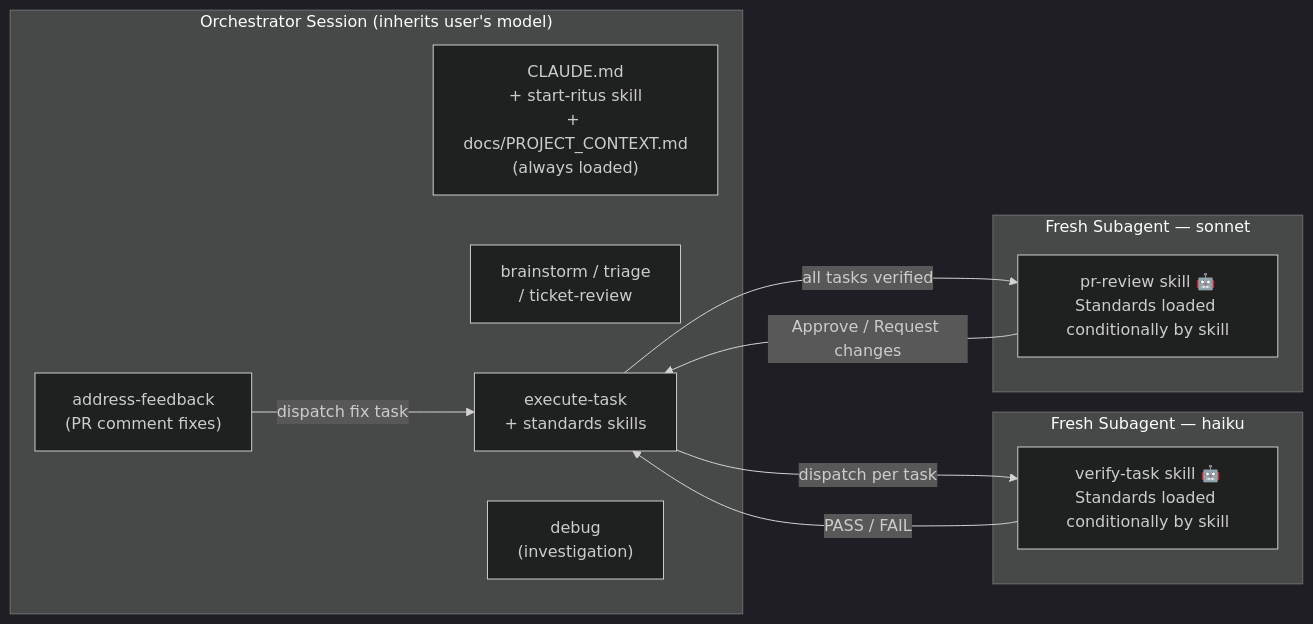
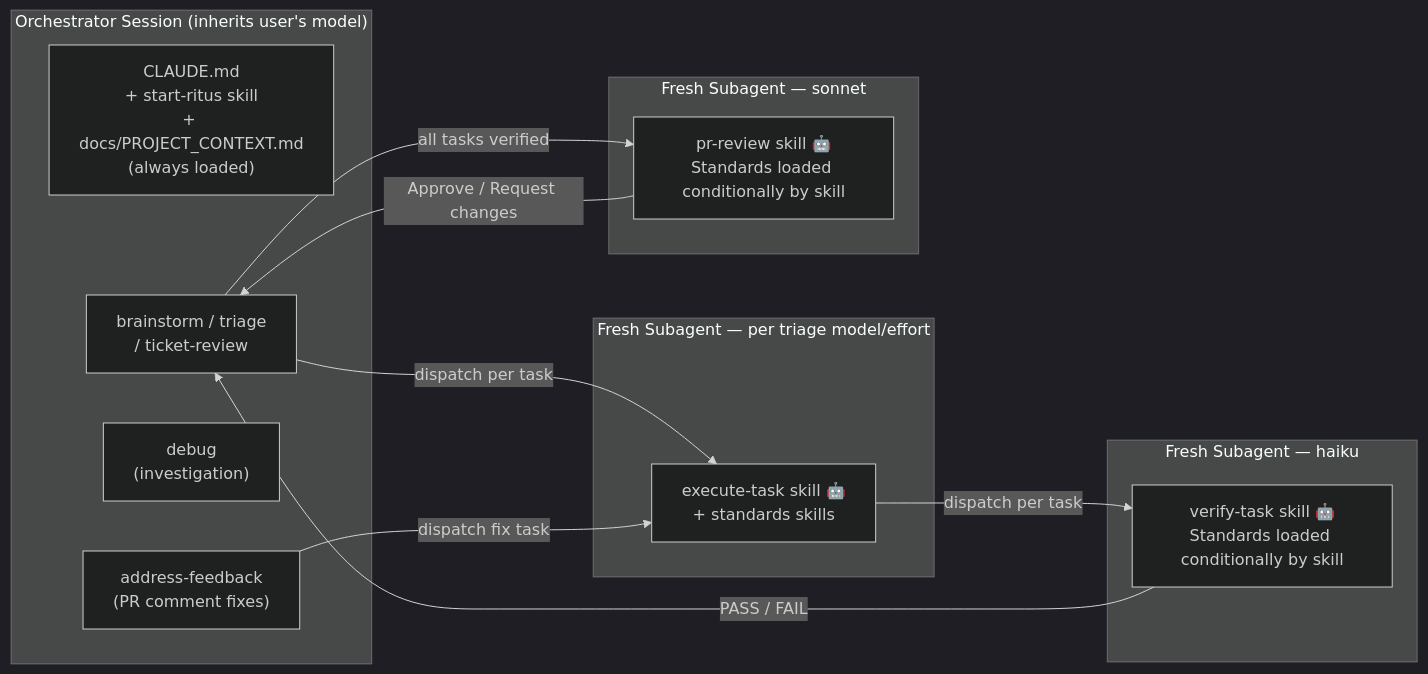
One commit to precise-alloy/ritus changed the fifth of 7 diagrams in docs/WORKFLOW_DIAGRAMS.md. Above: the diagram before and after it, drawn with Mermaid (dark theme). The commit also changed other lines of this file and 14 other files, not shown here.

````diff
--- a/docs/WORKFLOW_DIAGRAMS.md
+++ b/docs/WORKFLOW_DIAGRAMS.md
@@ -176,24 +189,28 @@
 ```mermaid
 flowchart LR
     subgraph "Orchestrator Session (inherits user's model)"
         A["CLAUDE.md\n+ start-ritus skill\n+ docs/PROJECT_CONTEXT.md\n(always loaded)"]
         B["brainstorm / triage\n/ ticket-review"]
-        C["execute-task\n+ standards skills"]
         D["debug\n(investigation)"]
         E["address-feedback\n(PR comment fixes)"]
+    end
+
+    subgraph "Fresh Subagent — per triage model/effort"
+        C["execute-task skill 🤖\n+ standards skills"]
     end
 
     subgraph "Fresh Subagent — haiku"
         V["verify-task skill 🤖\nStandards loaded conditionally by skill"]
     end
 
     subgraph "Fresh Subagent — sonnet"
         R["pr-review skill 🤖\nStandards loaded conditionally by skill"]
     end
 
+    B -- "dispatch per task" --> C
     C -- "dispatch per task" --> V
-    V -- "PASS / FAIL" --> C
-    C -- "all tasks verified" --> R
-    R -- "Approve / Request changes" --> C
+    V -- "PASS / FAIL" --> B
+    B -- "all tasks verified" --> R
+    R -- "Approve / Request changes" --> B
     E -- "dispatch fix task" --> C
 ```
````
